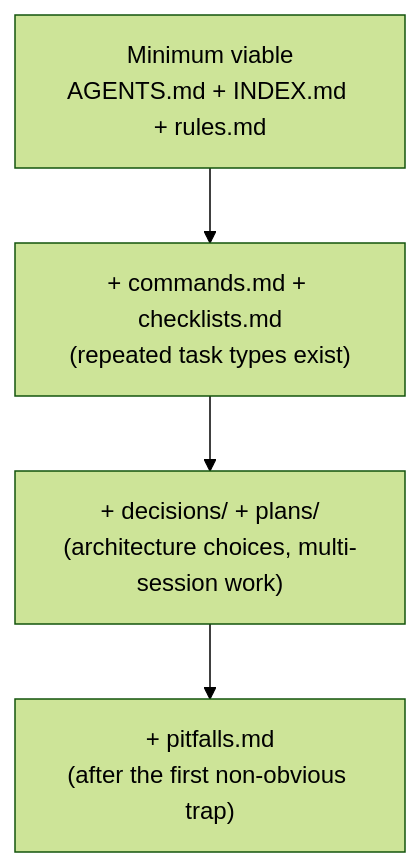
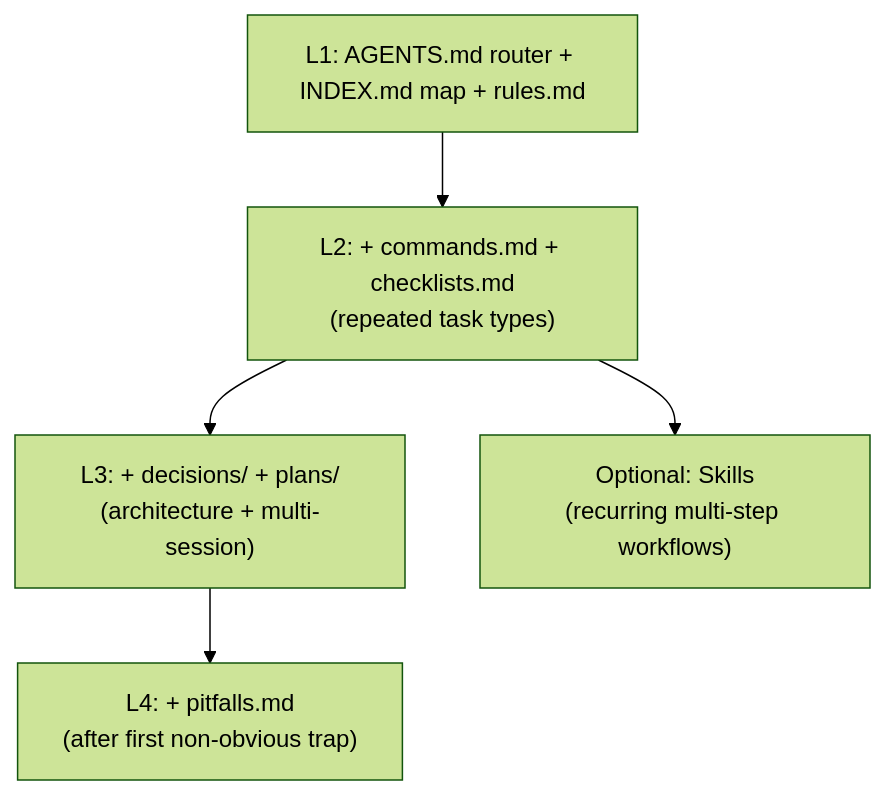
Before and after one commit to chenyeju295/Agents: the diagram in skills/agent-harness/SKILL.md, drawn with Mermaid (forest theme). The commit also changed other lines of this file and 15 other files, not shown here.

````diff
--- a/skills/agent-harness/SKILL.md
+++ b/skills/agent-harness/SKILL.md
@@ -107,7 +143,8 @@
 ```mermaid
 flowchart TD
-    L1["Minimum viable<br/>AGENTS.md + INDEX.md + rules.md"] --> L2
-    L2["+ commands.md + checklists.md<br/>(repeated task types exist)"] --> L3
-    L3["+ decisions/ + plans/<br/>(architecture choices, multi-session work)"] --> L4
-    L4["+ pitfalls.md<br/>(after the first non-obvious trap)"]
+    L1["L1: AGENTS.md router + INDEX.md map + rules.md"] --> L2
+    L2["L2: + commands.md + checklists.md<br/>(repeated task types)"] --> L3
+    L3["L3: + decisions/ + plans/<br/>(architecture + multi-session)"] --> L4
+    L4["L4: + pitfalls.md<br/>(after first non-obvious trap)"]
+    L2 --> L2b["Optional: Skills<br/>(recurring multi-step workflows)"]
 ```
````
